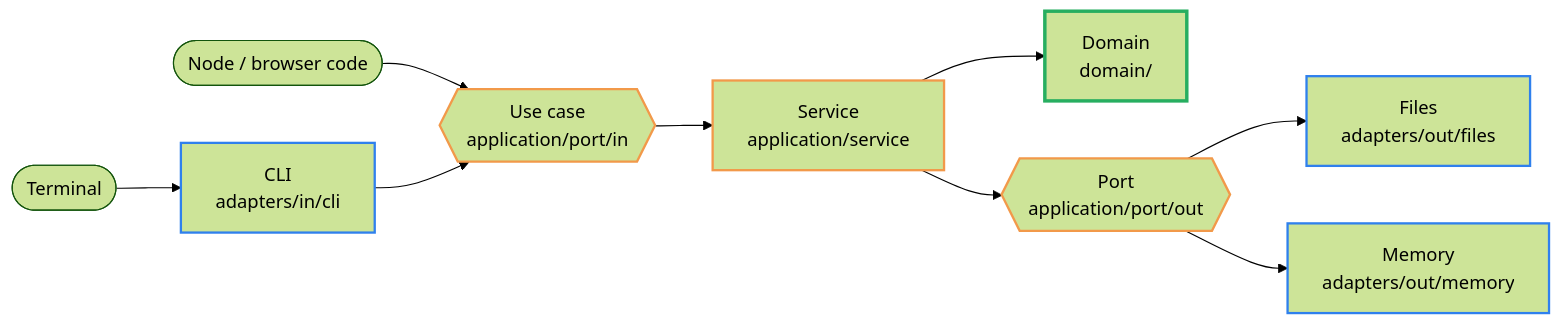
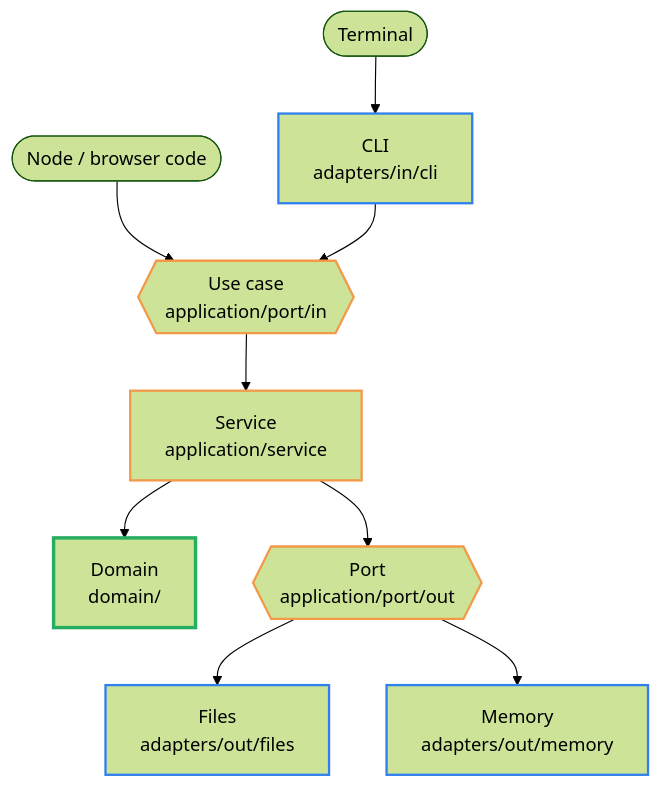
The first of 3 diagrams in docs/architecture.md (Miragon/bpmn-cli), drawn with Mermaid (forest theme) before and after one commit. The commit also changed other lines of this file, not shown here.

Commit message:
docs(architecture): show each journey step as a shortened real function, diagrams top down, plain step numbers

````diff
--- a/docs/architecture.md
+++ b/docs/architecture.md
@@ -16,19 +16,19 @@
 ```mermaid
-flowchart LR
+flowchart TB
   terminal(["Terminal"]) --> cli
   lib(["Node / browser code"]) --> portIn
 
   cli["CLI<br/>adapters/in/cli"] --> portIn
   portIn{{"Use case<br/>application/port/in"}} --> service["Service<br/>application/service"]
   service --> domain["Domain<br/>domain/"]
   service --> portOut{{"Port<br/>application/port/out"}}
   portOut --> files["Files<br/>adapters/out/files"]
   portOut --> memory["Memory<br/>adapters/out/memory"]
 
   classDef adapter stroke:#2f80ed,stroke-width:2px
   classDef app stroke:#f2994a,stroke-width:2px
   classDef core stroke:#27ae60,stroke-width:3px
   class cli,files,memory adapter
   class portIn,service,portOut app
   class domain core
 ```
````
